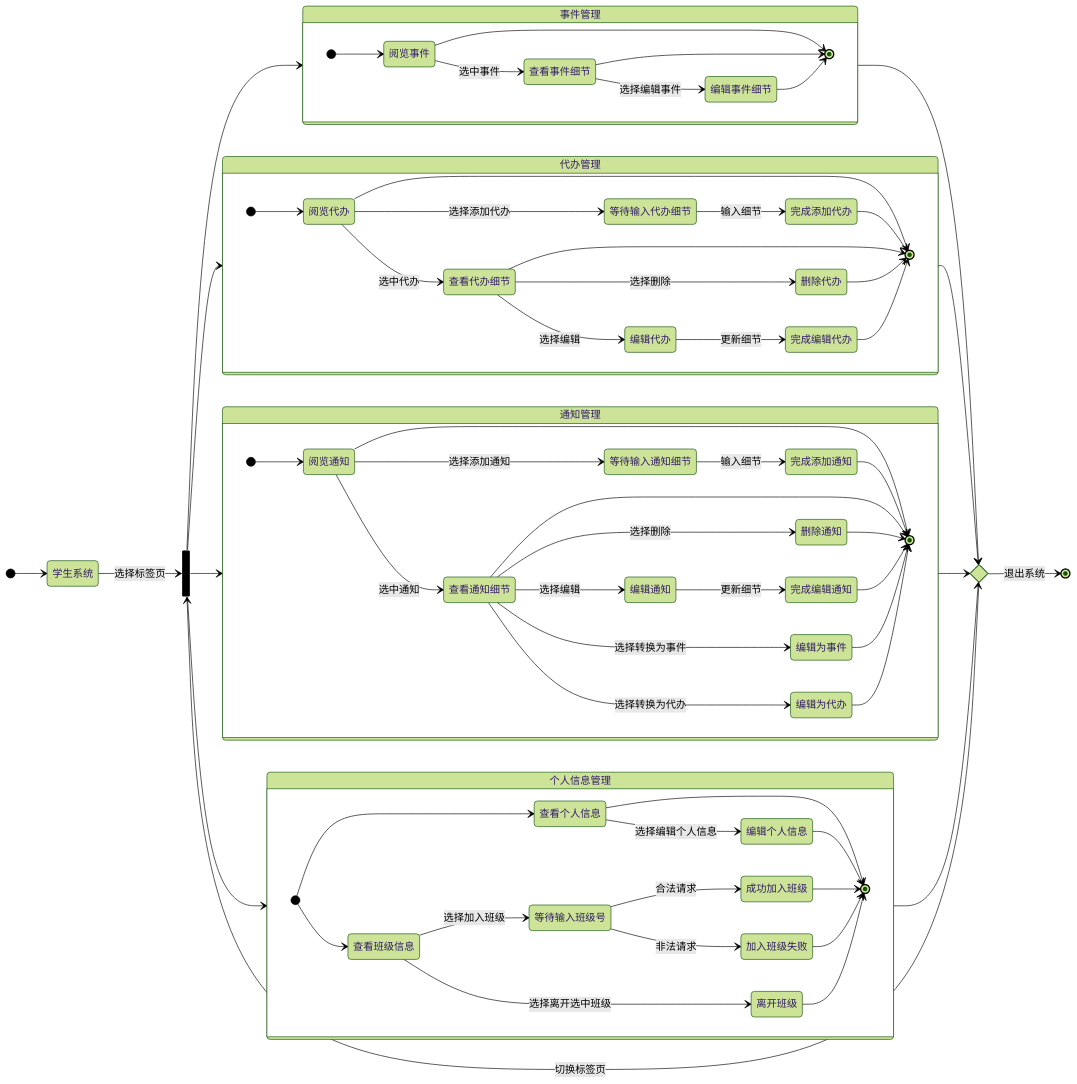
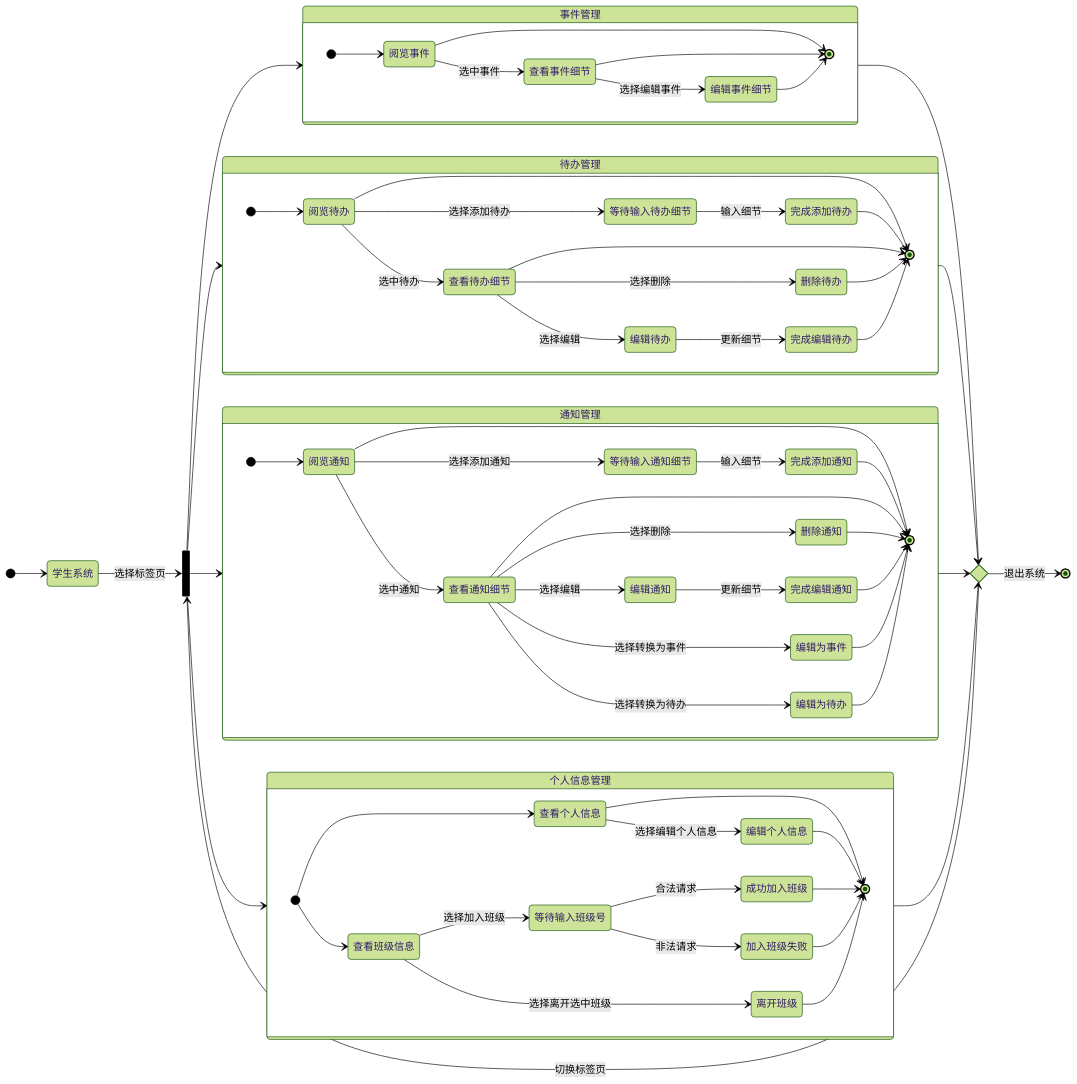
One commit to Group-Lynx/grid changed the diagram in doc/need-anal/state-stu.mmd. Above: the diagram before and after it, drawn with Mermaid (forest theme). The commit also changed 5 other files, not shown here.

```diff
--- a/doc/need-anal/state-stu.mmd
+++ b/doc/need-anal/state-stu.mmd
@@ -1,87 +1,87 @@
 stateDiagram-v2
-direction LR
+    direction LR
     [*] --> 学生系统
 
     state ChooseTab <<fork>>
     学生系统 --> ChooseTab: 选择标签页
     ChooseTab --> 事件管理
-    ChooseTab --> 代办管理
+    ChooseTab --> 待办管理
     ChooseTab --> 通知管理
     ChooseTab --> 个人信息管理
 
 
     state 事件管理 {
         direction LR
         
         [*] --> 阅览事件
         阅览事件 --> [*]
         阅览事件 --> 查看事件细节: 选中事件
         查看事件细节 --> [*]
         查看事件细节 --> 编辑事件细节: 选择编辑事件
         编辑事件细节 --> [*]
     }
 
-    state 代办管理 {
+    state 待办管理 {
         direction LR
         
-        [*] --> 阅览代办
-        阅览代办 --> [*]
-        阅览代办 --> 等待输入代办细节: 选择添加代办
-        等待输入代办细节 --> 完成添加代办: 输入细节
-        完成添加代办 --> [*]
-        阅览代办 --> 查看代办细节: 选中代办
-        查看代办细节 --> [*]
-        查看代办细节 --> 编辑代办: 选择编辑
-        编辑代办 --> 完成编辑代办: 更新细节
-        查看代办细节 --> 删除代办: 选择删除
-        删除代办 --> [*]
-        完成编辑代办 --> [*]
+        [*] --> 阅览待办
+        阅览待办 --> [*]
+        阅览待办 --> 等待输入待办细节: 选择添加待办
+        等待输入待办细节 --> 完成添加待办: 输入细节
+        完成添加待办 --> [*]
+        阅览待办 --> 查看待办细节: 选中待办
+        查看待办细节 --> [*]
+        查看待办细节 --> 编辑待办: 选择编辑
+        编辑待办 --> 完成编辑待办: 更新细节
+        查看待办细节 --> 删除待办: 选择删除
+        删除待办 --> [*]
+        完成编辑待办 --> [*]
     }
 
     state 通知管理 {
         direction LR
         
         [*] --> 阅览通知
         阅览通知 --> [*]
         阅览通知 --> 等待输入通知细节: 选择添加通知
         等待输入通知细节 --> 完成添加通知: 输入细节
         完成添加通知 --> [*]
         阅览通知 --> 查看通知细节: 选中通知
         查看通知细节 --> [*]
         查看通知细节 --> 编辑通知: 选择编辑
         编辑通知 --> 完成编辑通知: 更新细节
         查看通知细节 --> 删除通知: 选择删除
         删除通知 --> [*]
         完成编辑通知 --> [*]
         查看通知细节 --> 编辑为事件: 选择转换为事件
-        查看通知细节 --> 编辑为代办: 选择转换为代办
+        查看通知细节 --> 编辑为待办: 选择转换为待办
         编辑为事件 --> [*]
-        编辑为代办 --> [*]
+        编辑为待办 --> [*]
     }
 
     state 个人信息管理 {
         direction LR
 
         [*] --> 查看个人信息
         查看个人信息 --> [*]
         查看个人信息 --> 编辑个人信息: 选择编辑个人信息
         编辑个人信息 --> [*]
         [*] --> 查看班级信息
         查看班级信息 --> 等待输入班级号: 选择加入班级
         等待输入班级号 --> 成功加入班级: 合法请求
         等待输入班级号 --> 加入班级失败: 非法请求
         查看班级信息 --> 离开班级: 选择离开选中班级
         成功加入班级 --> [*]
         加入班级失败 --> [*]
         离开班级 --> [*]
     }
 
     state FinalBranch <<choice>>
 
     FinalBranch --> ChooseTab: 切换标签页
     FinalBranch --> [*]: 退出系统
 
     事件管理 --> FinalBranch
-    代办管理 --> FinalBranch
+    待办管理 --> FinalBranch
     通知管理 --> FinalBranch
     个人信息管理 --> FinalBranch
```
